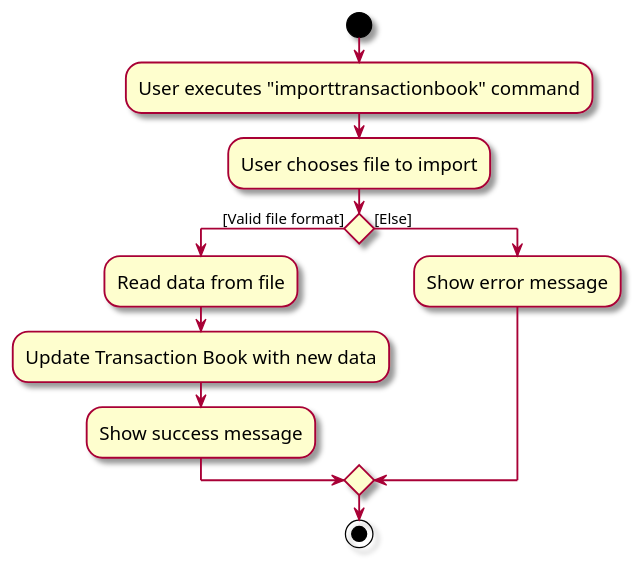
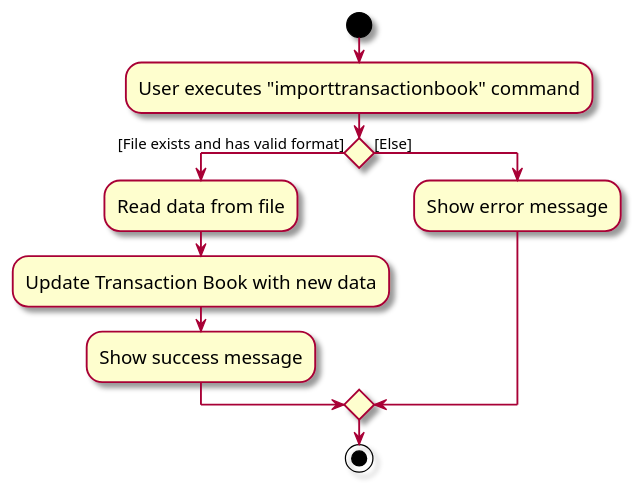
The diagram in docs/diagrams/TransactionBookImportActivityDiagram.puml (nus-cs2103-AY2324S1/tp), drawn with PlantUML before and after one commit. The commit also changed 3 other files, not shown here.

Commit message:
Update activity diagram

```diff
--- a/docs/diagrams/TransactionBookImportActivityDiagram.puml
+++ b/docs/diagrams/TransactionBookImportActivityDiagram.puml
@@ -1,18 +1,17 @@
 @startuml
 skin rose
 skinparam ActivityFontSize 15
 skinparam ArrowFontSize 12
 start
 :User executes "importtransactionbook" command;
-:User chooses file to import;
 
-if () then ([Valid file format])
+if () then ([File exists and has valid format])
     :Read data from file;
     :Update Transaction Book with new data;
     :Show success message;
 else ([Else])
     :Show error message;
 endif
 
 stop
 @enduml
```
